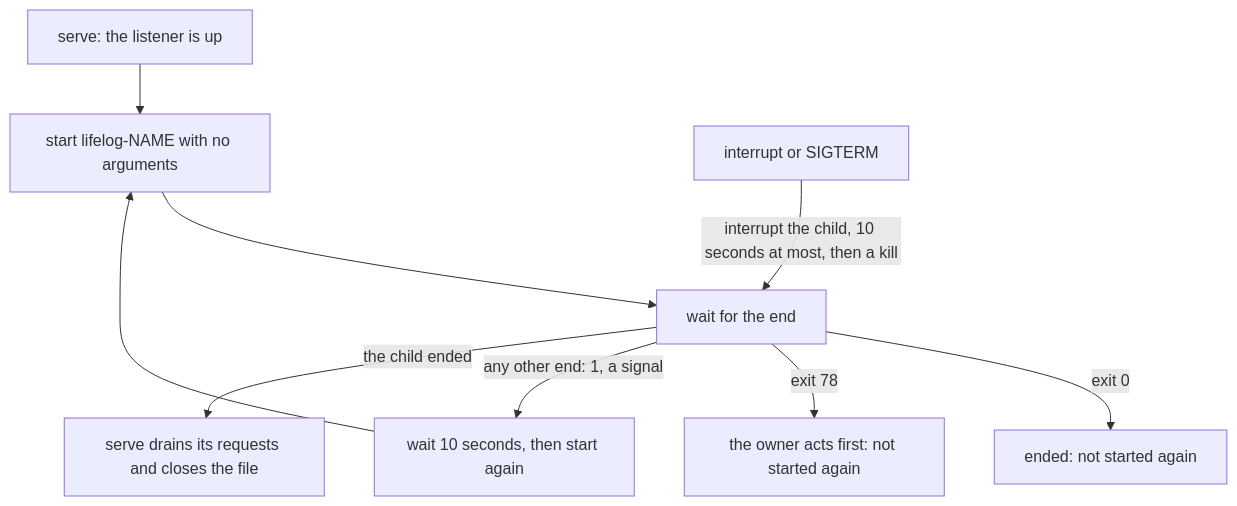
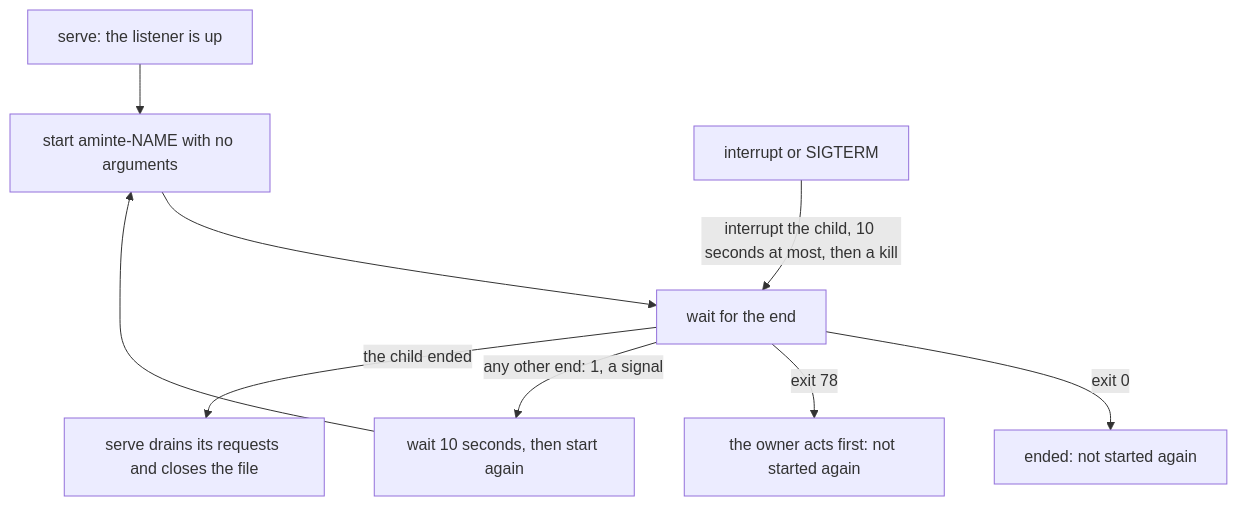
One commit to alexradunet/aminte changed the second of 6 diagrams in extensions/README.md. Above: the diagram before and after it, drawn with Mermaid. The commit also changed other lines of this file and 554 other files, not shown here.

First line of the commit message:
rename the project from lifelog to aminte

````diff
--- a/extensions/README.md
+++ b/extensions/README.md
@@ -80,11 +80,11 @@
 ```mermaid
 flowchart TD
-  S["serve: the listener is up"] --> A["start lifelog-NAME with no arguments"]
+  S["serve: the listener is up"] --> A["start aminte-NAME with no arguments"]
   A --> W["wait for the end"]
   W -->|"exit 0"| E0["ended: not started again"]
   W -->|"exit 78"| E2["the owner acts first: not started again"]
   W -->|"any other end: 1, a signal"| R["wait 10 seconds, then start again"]
   R --> A
   T["interrupt or SIGTERM"] -->|"interrupt the child, 10 seconds at most, then a kill"| W
   W -->|"the child ended"| D["serve drains its requests and closes the file"]
 ```
````
